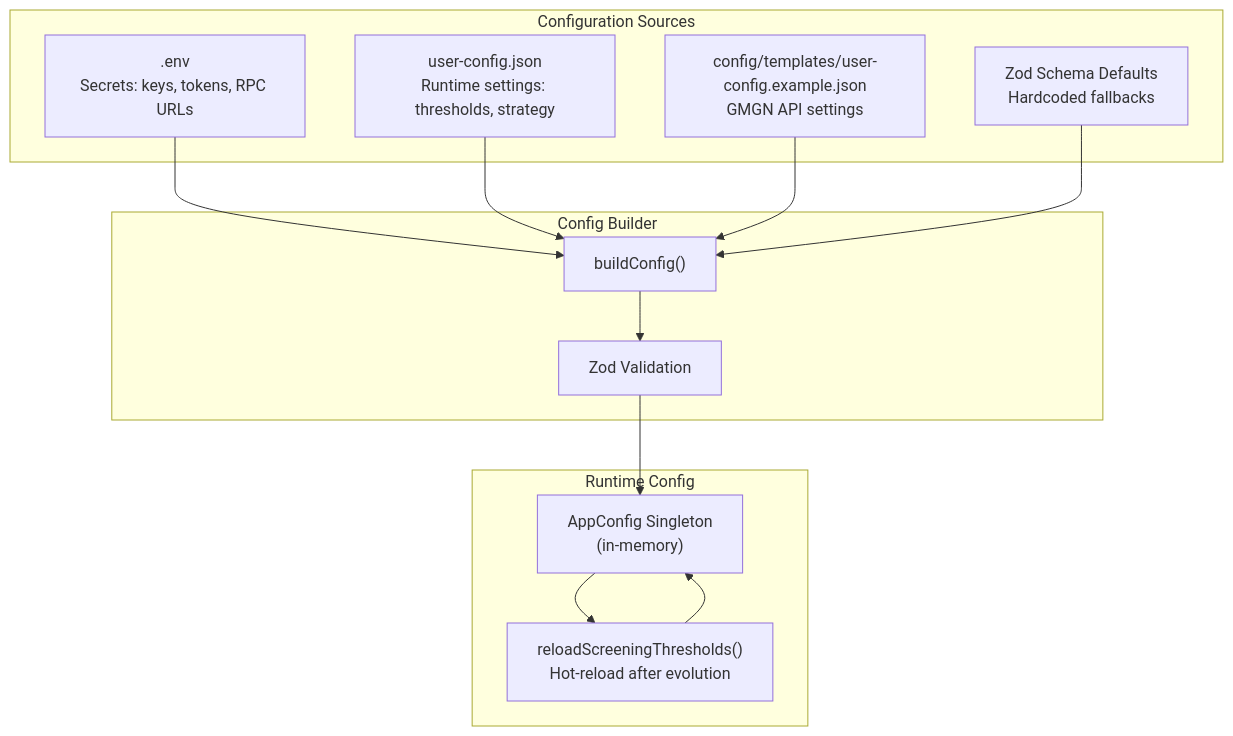
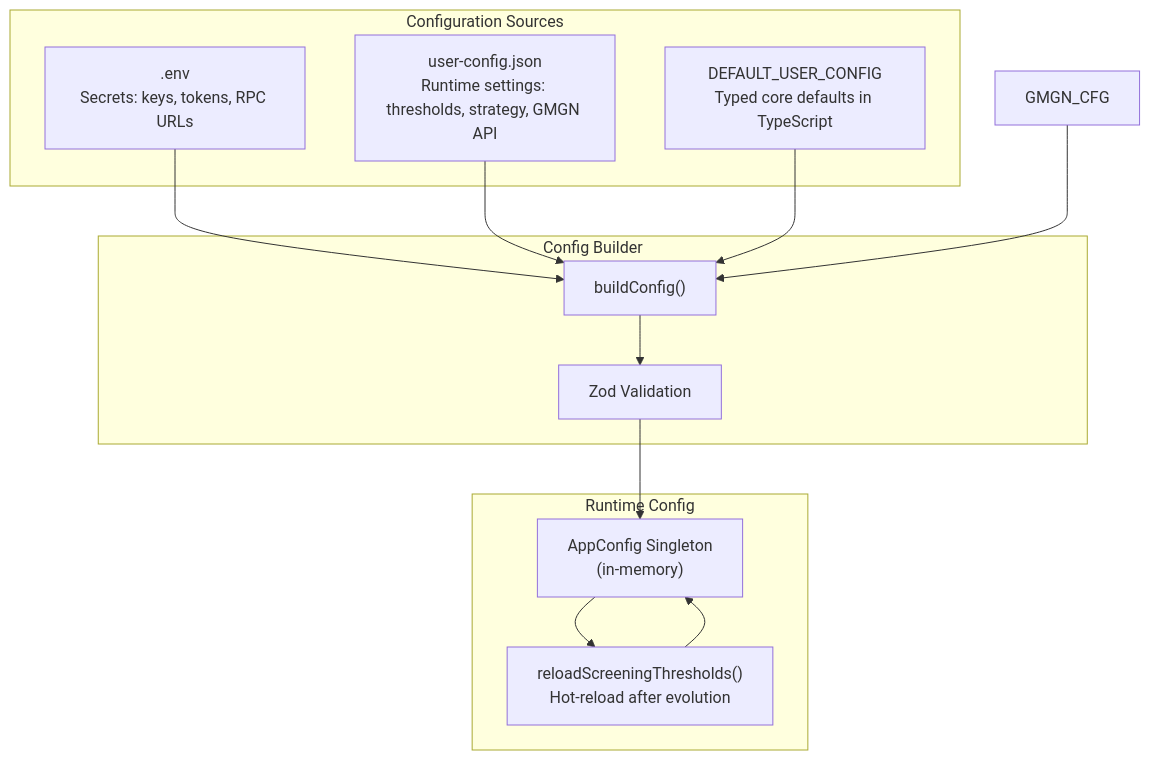
Before and after one commit to romankurnovskii/etemaro: the fourth of 19 diagrams in docs/FULL_FLOW.md, drawn with Mermaid. The commit also changed 19 other files, not shown here.

````diff
--- a/docs/FULL_FLOW.md
+++ b/docs/FULL_FLOW.md
@@ -228,28 +228,27 @@
 ```mermaid
 graph TD
     subgraph "Configuration Sources"
         ENV[".env<br/>Secrets: keys, tokens, RPC URLs"]
-        USER["user-config.json<br/>Runtime settings: thresholds, strategy"]
-        GMGN_CFG["config/templates/user-config.example.json<br/>GMGN API settings"]
-        DEFAULTS["Zod Schema Defaults<br/>Hardcoded fallbacks"]
+        USER["user-config.json<br/>Runtime settings: thresholds, strategy, GMGN API"]
+        DEFAULTS["DEFAULT_USER_CONFIG<br/>Typed core defaults in TypeScript"]
     end
 
     subgraph "Config Builder"
         MERGE["buildConfig()"]
         ZOD_VALIDATE["Zod Validation"]
     end
 
     subgraph "Runtime Config"
         APP_CFG["AppConfig Singleton<br/>(in-memory)"]
         RELOAD["reloadScreeningThresholds()<br/>Hot-reload after evolution"]
     end
 
     ENV --> MERGE
     USER --> MERGE
     GMGN_CFG --> MERGE
     DEFAULTS --> MERGE
     MERGE --> ZOD_VALIDATE
     ZOD_VALIDATE --> APP_CFG
     APP_CFG --> RELOAD
     RELOAD --> APP_CFG
 ```
````
